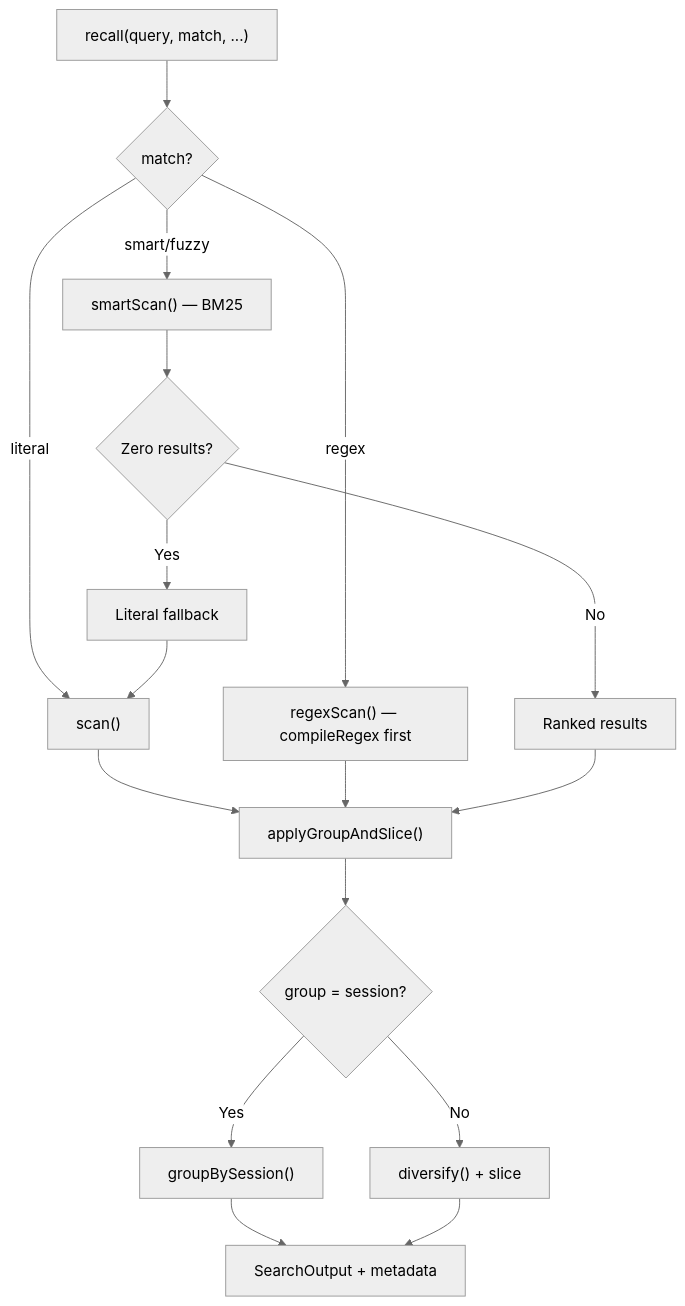
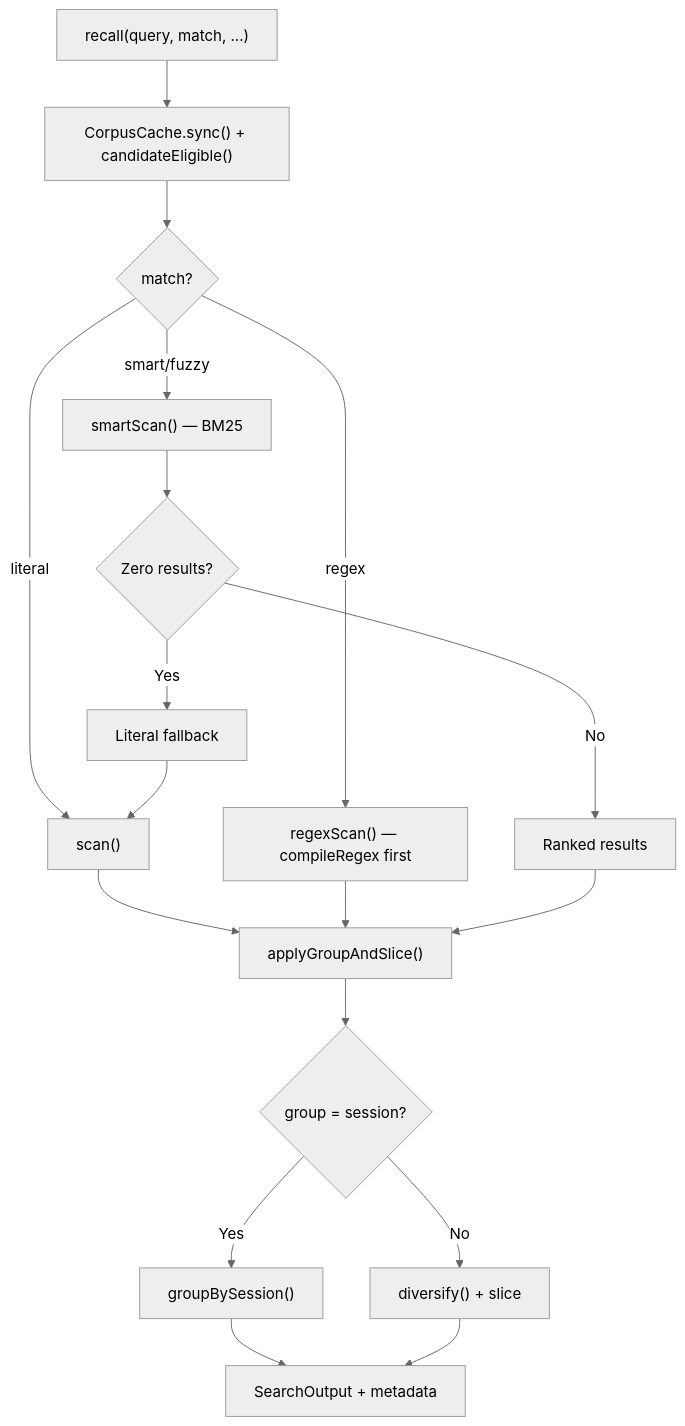
Before and after one commit to rmk40/opencode-session-recall: the second of 5 diagrams in CONTRIBUTING.md, drawn with Mermaid (neutral theme). The commit also changed other lines of this file and 2 other files, not shown here.

First line of the commit message:
docs(recall): document the retrieval-efficiency contract

````diff
--- a/CONTRIBUTING.md
+++ b/CONTRIBUTING.md
@@ -98,24 +102,25 @@
 ```mermaid
 flowchart TB
-    Start["recall(query, match, ...)"] --> Guard{"match?"}
+    Start["recall(query, match, ...)"] --> Sync["CorpusCache.sync() + candidateEligible()"]
+    Sync --> Guard{"match?"}
 
     Guard -->|literal| Literal["scan()"]
     Guard -->|regex| Regex["regexScan() — compileRegex first"]
     Guard -->|smart/fuzzy| Smart["smartScan() — BM25"]
 
     Smart --> FallbackCheck{"Zero results?"}
     FallbackCheck -->|Yes| Fallback["Literal fallback"]
     FallbackCheck -->|No| Ranked["Ranked results"]
     Fallback --> Literal
 
     Literal --> GroupSlice["applyGroupAndSlice()"]
     Regex --> GroupSlice
     Ranked --> GroupSlice
 
     GroupSlice --> GroupCheck{"group = session?"}
     GroupCheck -->|Yes| Group["groupBySession()"]
     GroupCheck -->|No| Diversify["diversify() + slice"]
 
     Group --> Out["SearchOutput + metadata"]
     Diversify --> Out
 ```
````
